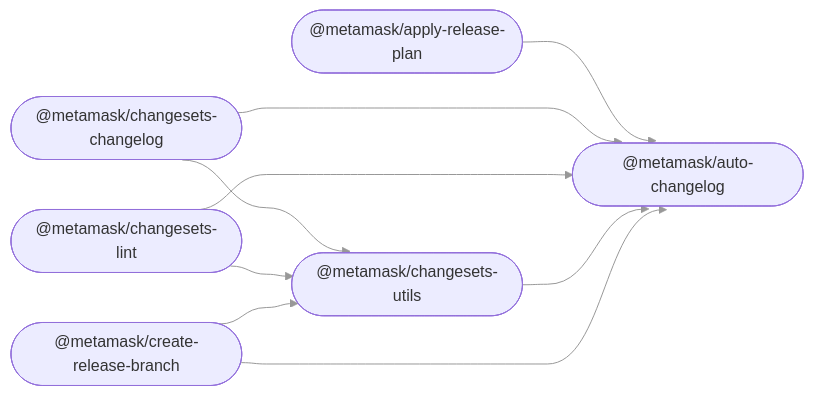
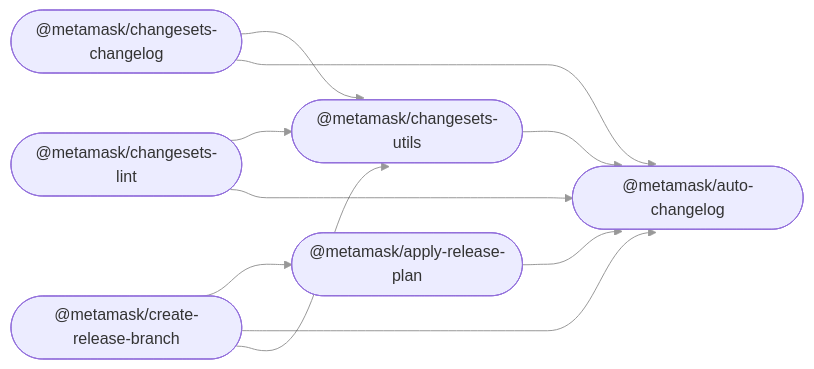
Before and after one commit to MetaMask/release-tools: the diagram in README.md, drawn with Mermaid.

Commit message:
docs: update the README dependency graph

````diff
--- a/README.md
+++ b/README.md
@@ -30,19 +30,20 @@
 ```mermaid
 %%{ init: { 'flowchart': { 'curve': 'bumpX' } } }%%
 graph LR;
 linkStyle default opacity:0.5
   apply_release_plan(["@metamask/apply-release-plan"]);
   auto_changelog(["@metamask/auto-changelog"]);
   changesets_changelog(["@metamask/changesets-changelog"]);
   changesets_lint(["@metamask/changesets-lint"]);
   changesets_utils(["@metamask/changesets-utils"]);
   create_release_branch(["@metamask/create-release-branch"]);
   apply_release_plan --> auto_changelog;
   changesets_changelog --> changesets_utils;
   changesets_changelog --> auto_changelog;
   changesets_lint --> changesets_utils;
   changesets_lint --> auto_changelog;
   changesets_utils --> auto_changelog;
+  create_release_branch --> apply_release_plan;
   create_release_branch --> auto_changelog;
   create_release_branch --> changesets_utils;
 ```
````
